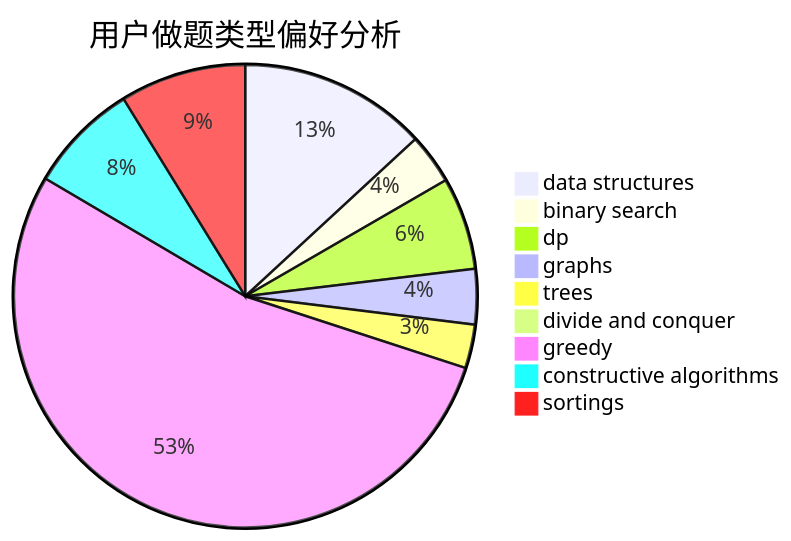
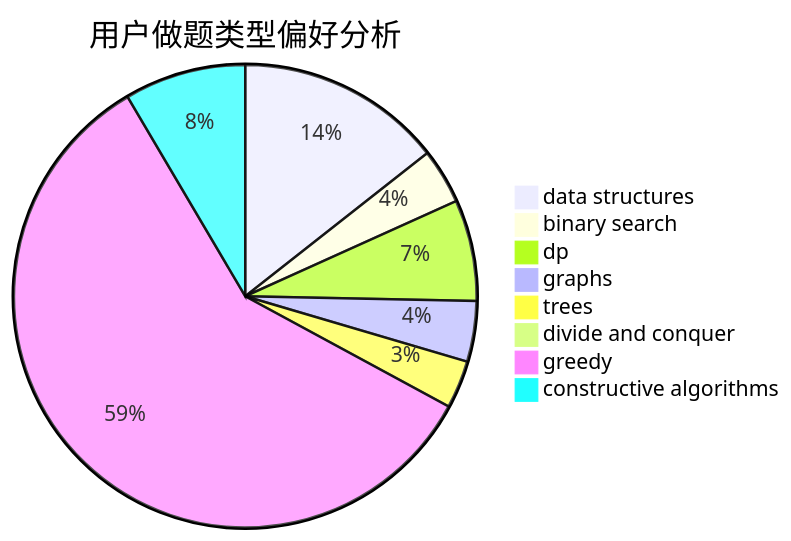
Before and after one commit to sherpahu/cfrs.github.io: the second of 3 diagrams in docs/user/u2368.md, drawn with Mermaid. The commit also changed other lines of this file and 2769 other files, not shown here.

````diff
--- a/docs/user/u2368.md
+++ b/docs/user/u2368.md
@@ -18,12 +18,11 @@
 ```mermaid
 pie title 用户做题类型偏好分析
     "data structures" :  112
     "binary search" :  30
     "dp" :  55
     "graphs" :  33
     "trees" :  26
     "divide and conquer" :  0
     "greedy" :  456
     "constructive algorithms" :  66
-    "sortings" :  75
 ```
````
